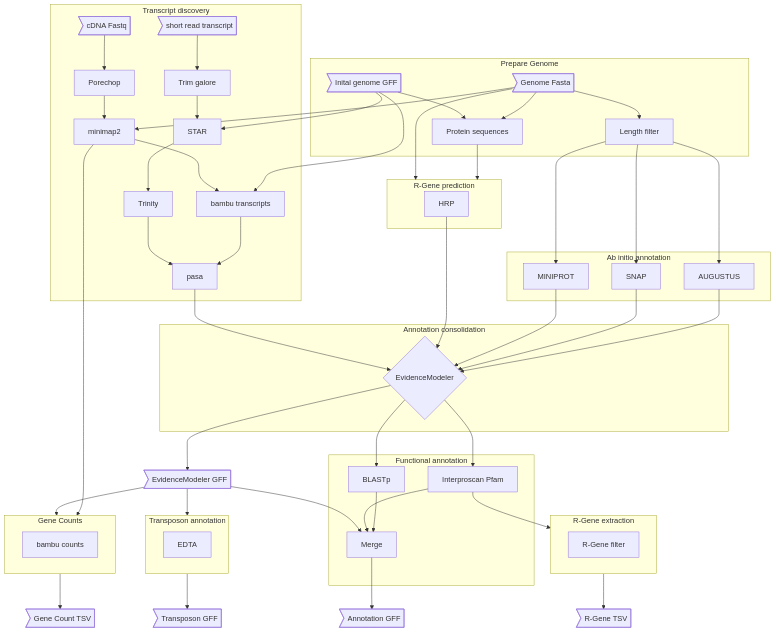
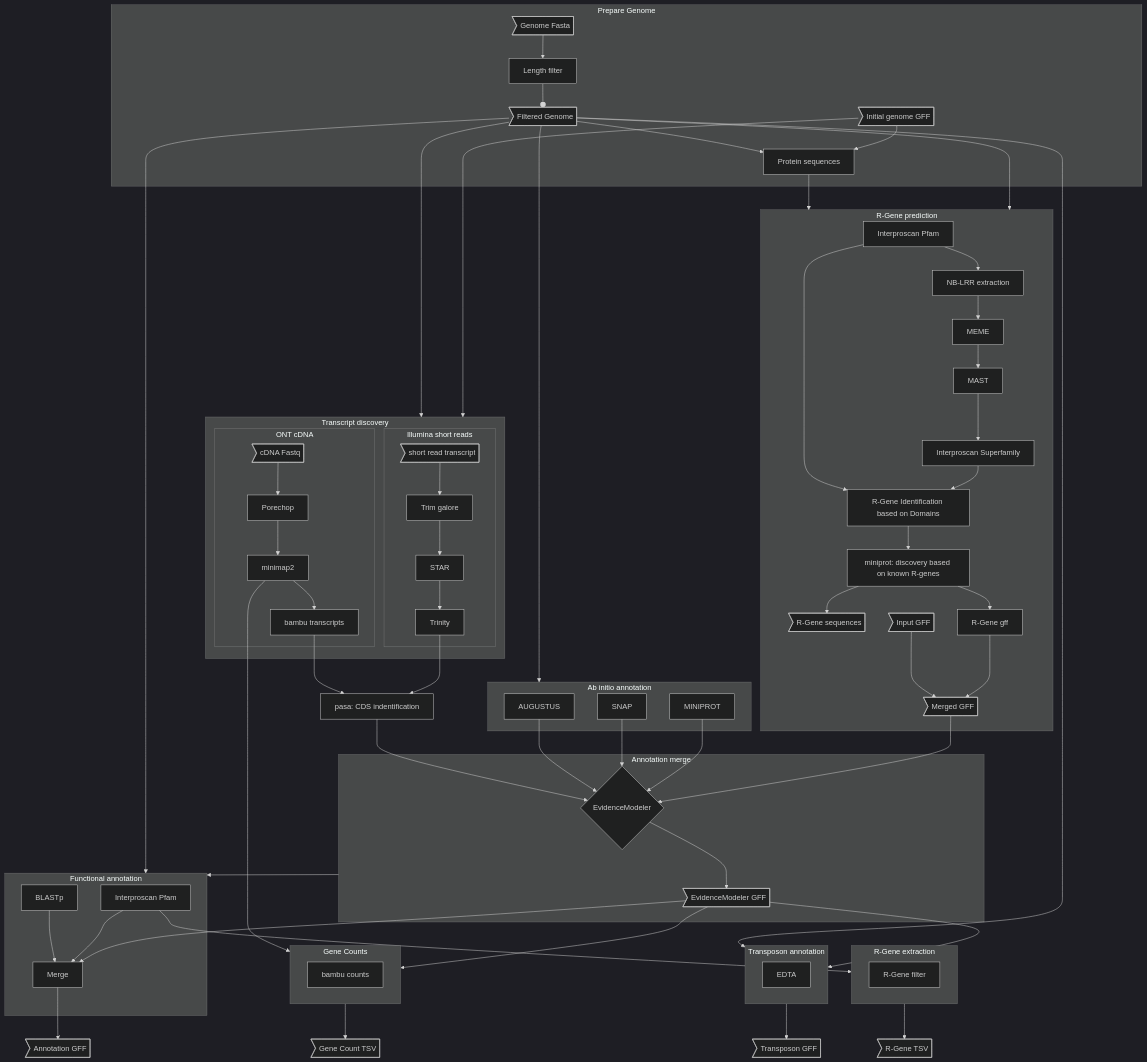
Before and after one commit to nschan/nf-annotate: the first of 2 diagrams in README.md, drawn with Mermaid. The commit also changed 9 other files, not shown here.

````diff
--- a/README.md
+++ b/README.md
@@ -16,64 +16,101 @@
 ```mermaid
+%%{init: {'theme': 'dark', "flowchart" : { "curve" : "basis" } } }%%
+
 graph TD;
     subgraph Prepare Genome
-    gfasta>Genome Fasta] --> lfilt[Length filter];
-    gfasta --> pseqs[Protein sequences];
-    ggff>Inital genome GFF] --> pseqs;
+      gfasta>Genome Fasta] --> lfilt[Length filter];
+      lfilt --o filtfasta>Filtered Genome]
+      filtfasta --> pseqs[Protein sequences];
+      ggff>Initial genome GFF] --> pseqs;
     end
-    ggff --> alnshort
+
     subgraph abinitio[Ab initio annotation]
-    lfilt --> AUGUSTUS;
-    lfilt --> SNAP;
-    lfilt --> MINIPROT;
+      AUGUSTUS;
+      SNAP;
+      MINIPROT;
     end
+
+    filtfasta --> abinitio
+
     subgraph hrp[R-Gene prediction]
-    HRP
+        hrppfam[Interproscan Pfam]
+        hrppfam --> nbarc[NB-LRR extraction]
+        nbarc --> meme[MEME]
+        meme --> mast[MAST]
+        mast --> superfam[Interproscan Superfamily]
+        hrppfam --> rgdomains[R-Gene Identification based on Domains]
+        superfam --> rgdomains
+        rgdomains --> miniprot[miniprot: discovery based on known R-genes]
+        miniprot --> seqs>R-Gene sequences]
+        miniprot --> rgff[R-Gene gff]
+        ingff>Input GFF] --> mergegff>Merged GFF]
+        rgff --> mergegff
     end
+
     pseqs --> hrp
-    gfasta --> hrp
-    subgraph Transcript discovery
-    cDNA>cDNA Fastq] --> Porechop;
-    Porechop --> minimap2;
-    gfasta --> minimap2;
-    ggff --> batrans[bambu transcripts]
-    minimap2 --> batrans;
-    batrans --> pasa;
-    mRNA>short read transcript] --> trim[Trim galore];
-    trim --> alnshort[STAR]
-    alnshort --> trinity[Trinity]
+    filtfasta --> hrp
+
+    subgraph TranscriptDiscover [Transcript discovery]
+      subgraph longreads [ONT cDNA]
+        cDNA>cDNA Fastq] --> Porechop;
+        Porechop --> minimap2;
+        minimap2 --> batrans[bambu transcripts];
+      end
+      subgraph shortreads [Illumina short reads]
+        mRNA>short read transcript] --> trim[Trim galore];
+        trim --> alnshort[STAR]
+        alnshort --> trinity[Trinity]
+      end
+    end
+
+    filtfasta --> TranscriptDiscover
+    ggff --> TranscriptDiscover
+    batrans --> pasa[pasa: CDS indentification]
     trinity --> pasa
+    pasa --> EvidenceModeler;
 
+    subgraph AnnoMerge [Annotation merge]
+      AUGUSTUS --> EvidenceModeler{EvidenceModeler};
+      SNAP --> EvidenceModeler;
+      MINIPROT --> EvidenceModeler;
+      EvidenceModeler --> evGFF>EvidenceModeler GFF]
     end
-    subgraph Annotation consolidation
-    AUGUSTUS --> EvidenceModeler{EvidenceModeler};
-    SNAP --> EvidenceModeler;
-    MINIPROT --> EvidenceModeler;
-    HRP --> EvidenceModeler;
-    pasa --> EvidenceModeler;
+
+    mergegff --> EvidenceModeler;
+
+    subgraph counts[Gene Counts]
+      bacounts[bambu counts]
     end
-    EvidenceModeler --> evGFF>EvidenceModeler GFF]
-    subgraph counts[Gene Counts]
-    bacounts[bambu counts]
+
+    subgraph Rgene[R-Gene extraction]
+      rgene[R-Gene filter];
     end
-    subgraph Rgene[R-Gene extraction]
-    rgene[R-Gene filter];
-    end
+
     pfam --> Rgene
     Rgene --> r_tsv>R-Gene TSV];
     minimap2 --> counts;
     evGFF --> counts;
     counts --> tsv_count>Gene Count TSV];
-    subgraph Functional annotation
-    EvidenceModeler --> BLASTp;
-    EvidenceModeler --> pfam[Interproscan Pfam];
-    BLASTp --> func[Merge];
-    pfam --> func;
+
+    subgraph FuncAnno [Functional annotation]
+      BLASTp;
+      pfam[Interproscan Pfam];
+      BLASTp --> func[Merge];
+      pfam --> func;
     end
+
+    filtfasta --> FuncAnno
+    AnnoMerge --> FuncAnno
+
     evGFF --> func
     func --> gff_anno>Annotation GFF]
+
     subgraph Transposon[Transposon annotation]
-    edta[EDTA]
+      edta[EDTA]
     end
+    filtfasta --> Transposon
     evGFF --> Transposon
+
     Transposon --> tranposonGFF>Transposon GFF]
+
 ```
````
